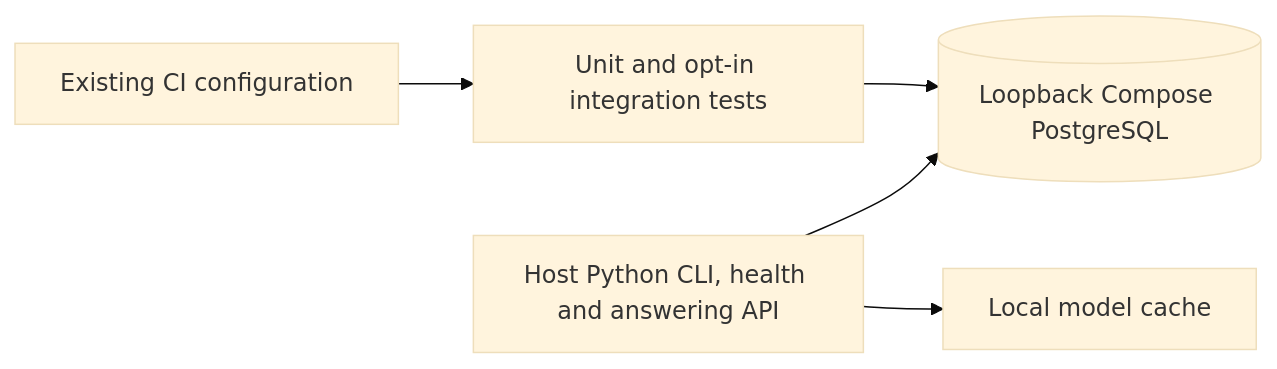
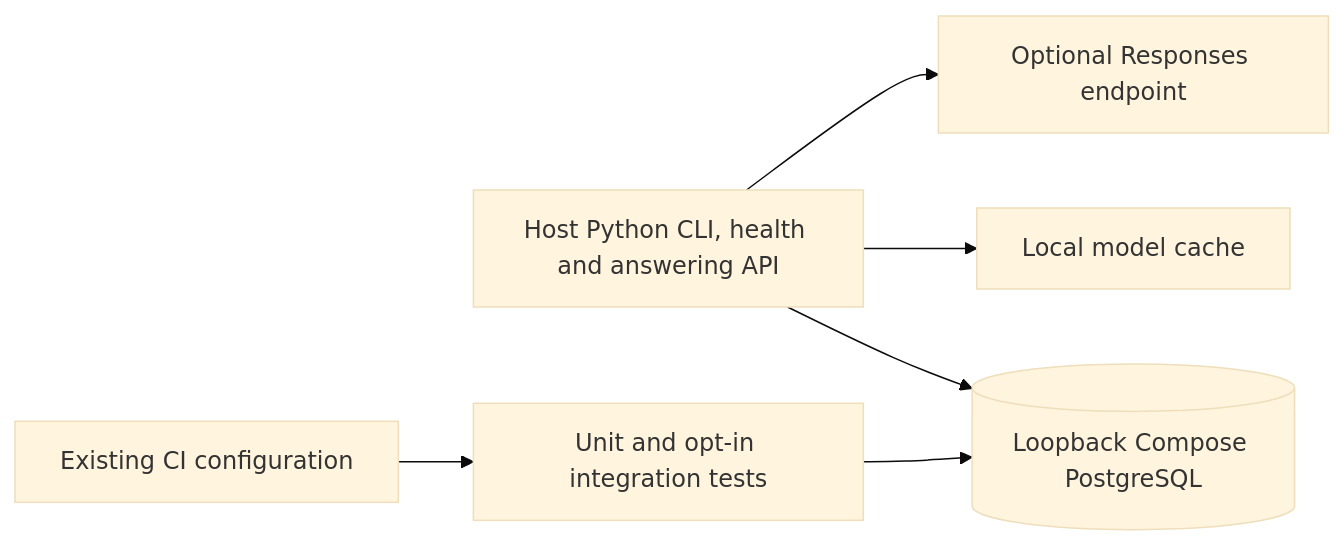
Before and after one commit to venkatakgonela/rag-audit-demo: the second of 6 diagrams in docs/ARCHITECTURE.md, drawn with Mermaid (base theme). The commit also changed other lines of this file and 8 other files, not shown here.

````diff
--- a/docs/ARCHITECTURE.md
+++ b/docs/ARCHITECTURE.md
@@ -33,7 +33,8 @@
 ```mermaid
 flowchart LR
     host["Host Python CLI, health and answering API"] --> database[("Loopback Compose PostgreSQL")]
     host --> cache["Local model cache"]
+    host --> provider["Optional Responses endpoint"]
     tests["Unit and opt-in integration tests"] --> database
     ci["Existing CI configuration"] --> tests
 ```
````
